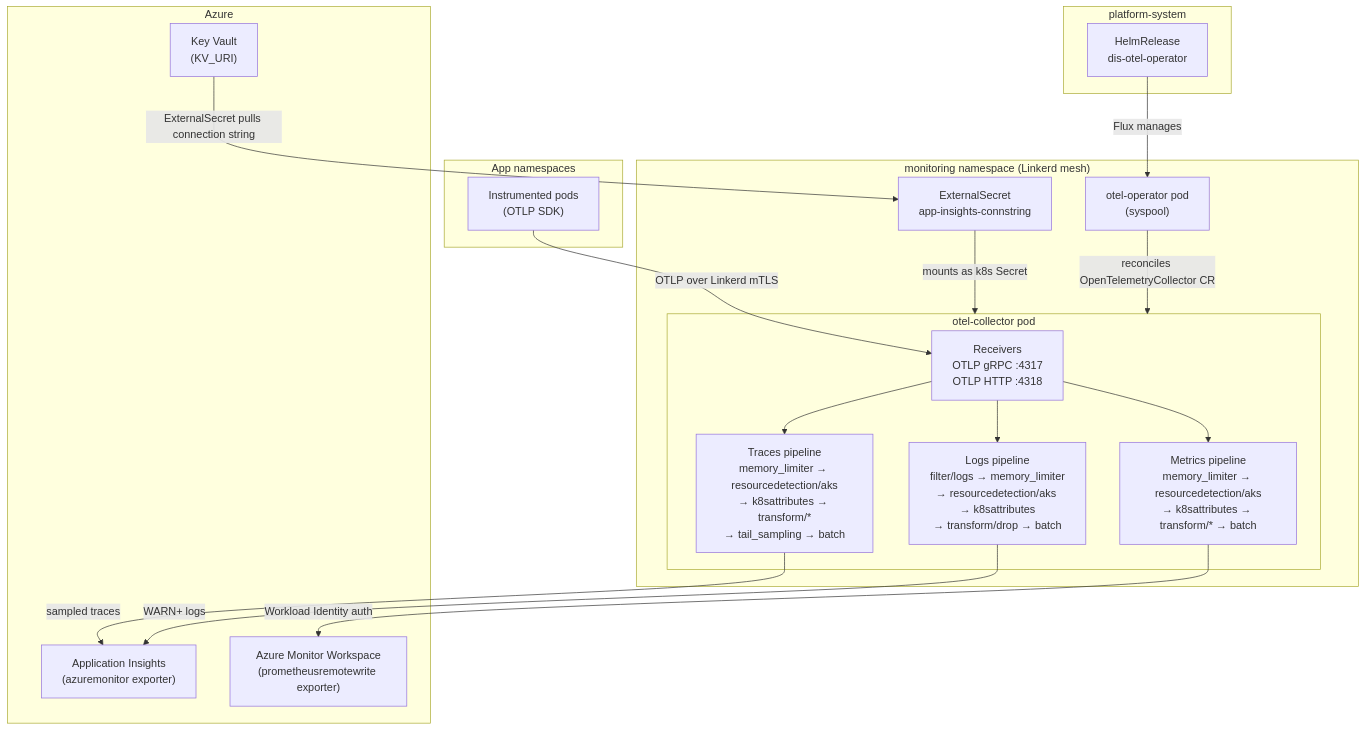
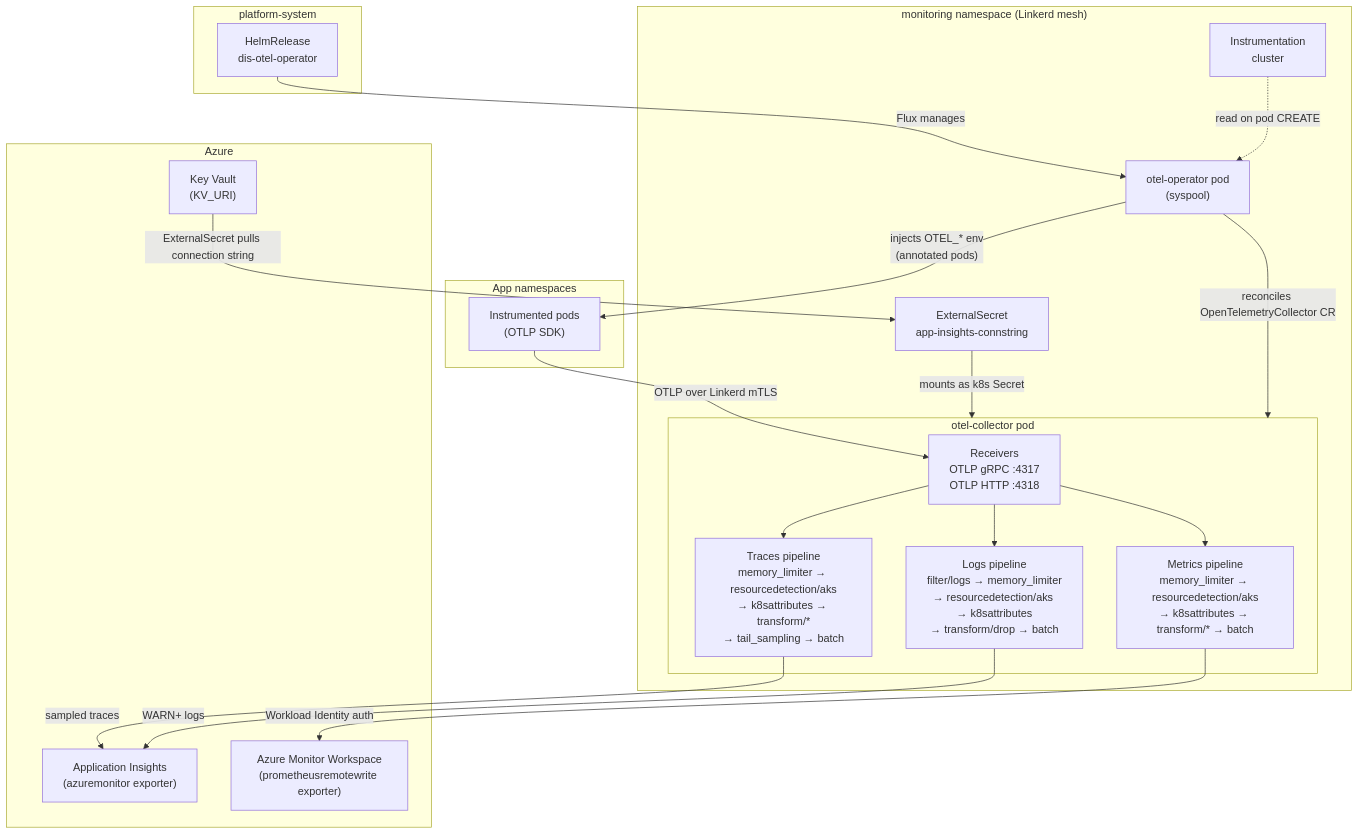
Before and after one commit to dis-way/gitops-manifests: the first of 2 diagrams in oci/otel-collector/README.md, drawn with Mermaid. The commit also changed other lines of this file and 2 other files, not shown here.

First line of the commit message:
feat(otel-collector): add Instrumentation for operator SDK injection

````diff
--- a/oci/otel-collector/README.md
+++ b/oci/otel-collector/README.md
@@ -7,37 +7,40 @@
 ```mermaid
 flowchart TB
     subgraph ps["platform-system"]
         hr["HelmRelease\ndis-otel-operator"]
     end
 
     subgraph mon["monitoring namespace (Linkerd mesh)"]
         op["otel-operator pod\n(syspool)"]
+        inst["Instrumentation\ncluster"]
         es["ExternalSecret\napp-insights-connstring"]
         subgraph col["otel-collector pod"]
             recv["Receivers\nOTLP gRPC :4317\nOTLP HTTP :4318"]
             proc_t["Traces pipeline\nmemory_limiter → resourcedetection/aks\n→ k8sattributes → transform/*\n→ tail_sampling → batch"]
             proc_l["Logs pipeline\nfilter/logs → memory_limiter\n→ resourcedetection/aks → k8sattributes\n→ transform/drop → batch"]
             proc_m["Metrics pipeline\nmemory_limiter → resourcedetection/aks\n→ k8sattributes → transform/* → batch"]
         end
     end
 
     subgraph apps["App namespaces"]
         app["Instrumented pods\n(OTLP SDK)"]
     end
 
     subgraph azure["Azure"]
         kv["Key Vault\n(KV_URI)"]
         ai["Application Insights\n(azuremonitor exporter)"]
         amw["Azure Monitor Workspace\n(prometheusremotewrite exporter)"]
     end
 
     hr -->|"Flux manages"| op
     op -->|"reconciles OpenTelemetryCollector CR"| col
+    inst -.->|"read on pod CREATE"| op
+    op -->|"injects OTEL_* env\n(annotated pods)"| app
     kv -->|"ExternalSecret pulls connection string"| es
     es -->|"mounts as k8s Secret"| col
     app -->|"OTLP over Linkerd mTLS"| recv
     recv --> proc_t & proc_l & proc_m
     proc_t -->|"sampled traces"| ai
     proc_l -->|"WARN+ logs"| ai
     proc_m -->|"Workload Identity auth"| amw
 ```
````
